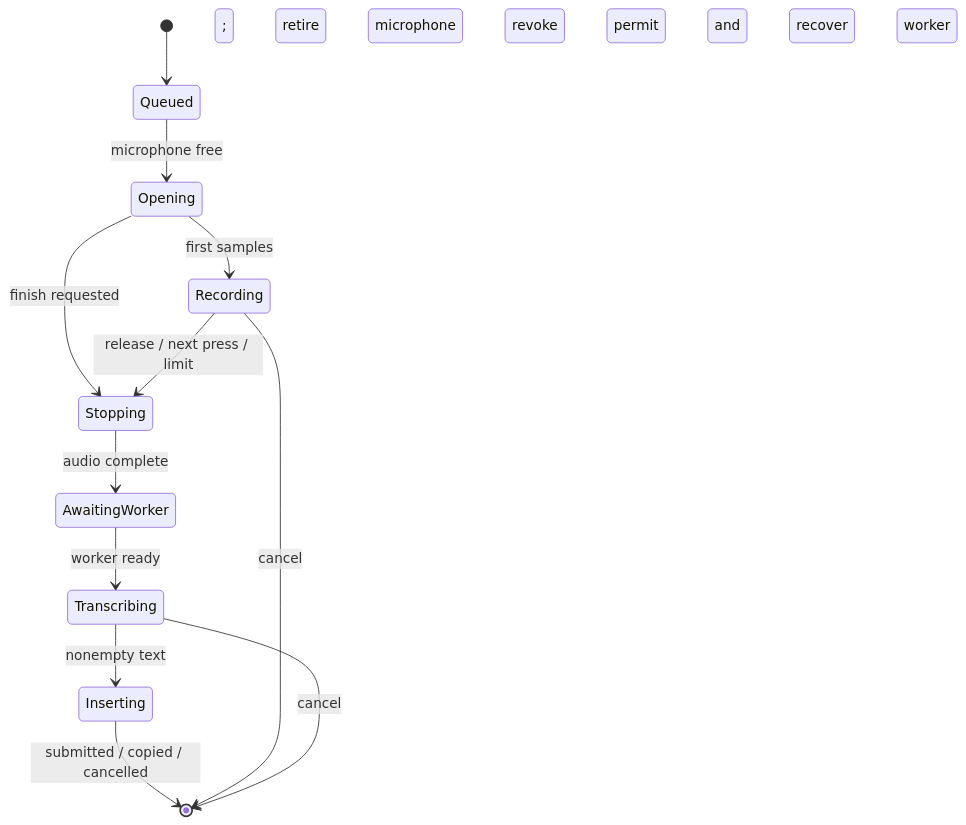
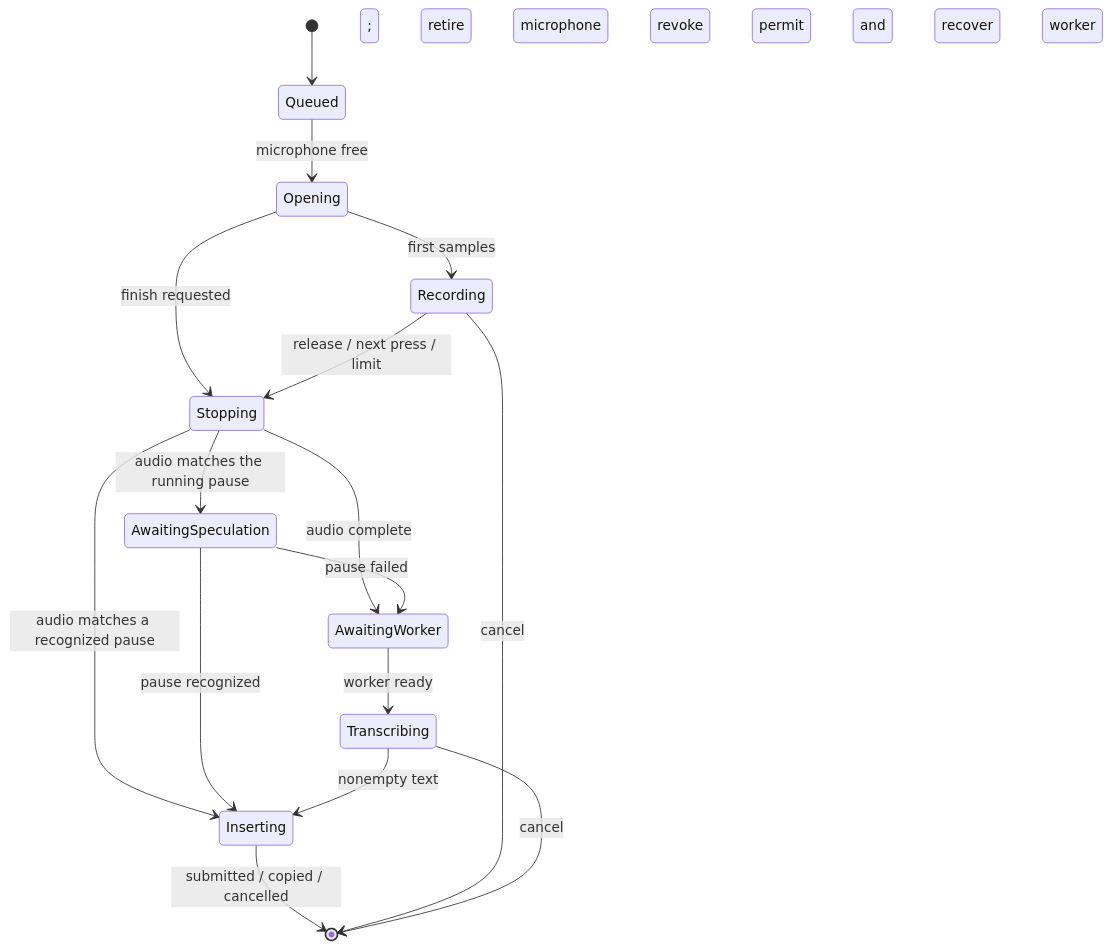
Before and after one commit to KrishRVH/speakeasy: the second of 2 diagrams in docs/architecture.md, drawn with Mermaid. The commit also changed other lines of this file and 8 other files, not shown here.

````diff
--- a/docs/architecture.md
+++ b/docs/architecture.md
@@ -95,14 +95,18 @@
 ```mermaid
 stateDiagram-v2
     [*] --> Queued
     Queued --> Opening: microphone free
     Opening --> Recording: first samples
     Opening --> Stopping: finish requested
     Recording --> Stopping: release / next press / limit
     Stopping --> AwaitingWorker: audio complete; retire microphone
+    Stopping --> Inserting: audio matches a recognized pause
+    Stopping --> AwaitingSpeculation: audio matches the running pause
+    AwaitingSpeculation --> Inserting: pause recognized
+    AwaitingSpeculation --> AwaitingWorker: pause failed
     AwaitingWorker --> Transcribing: worker ready
     Transcribing --> Inserting: nonempty text
     Inserting --> [*]: submitted / copied / cancelled
     Recording --> [*]: cancel; revoke permit and retire
     Transcribing --> [*]: cancel; revoke permit and recover worker
 ```
````
